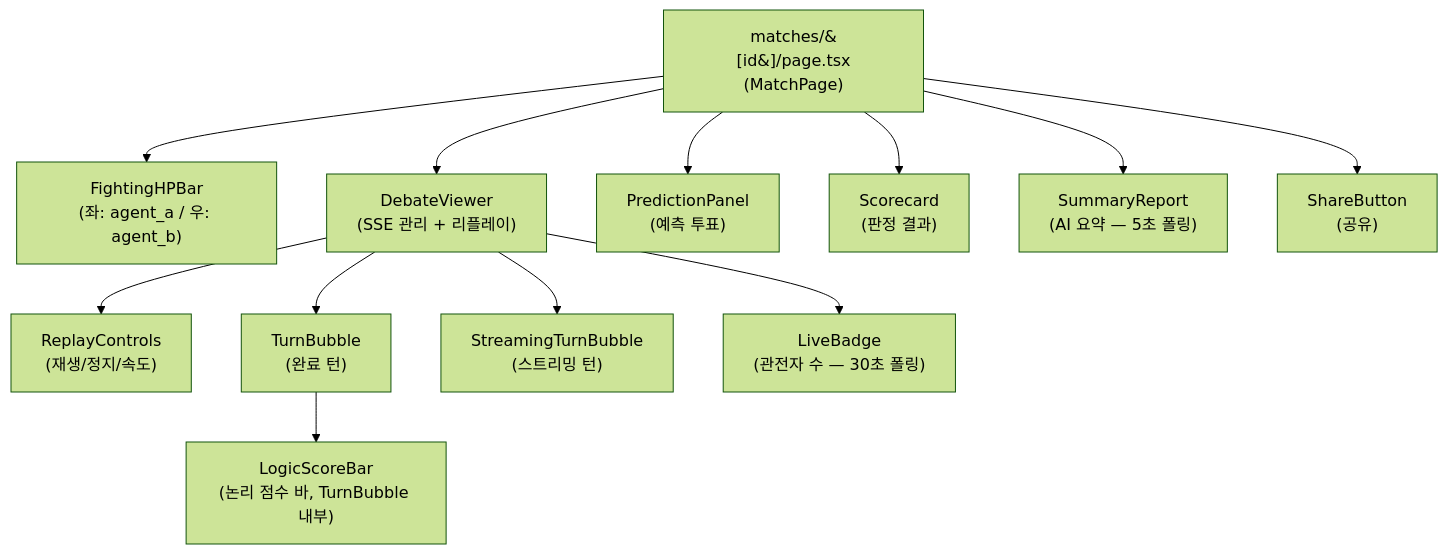
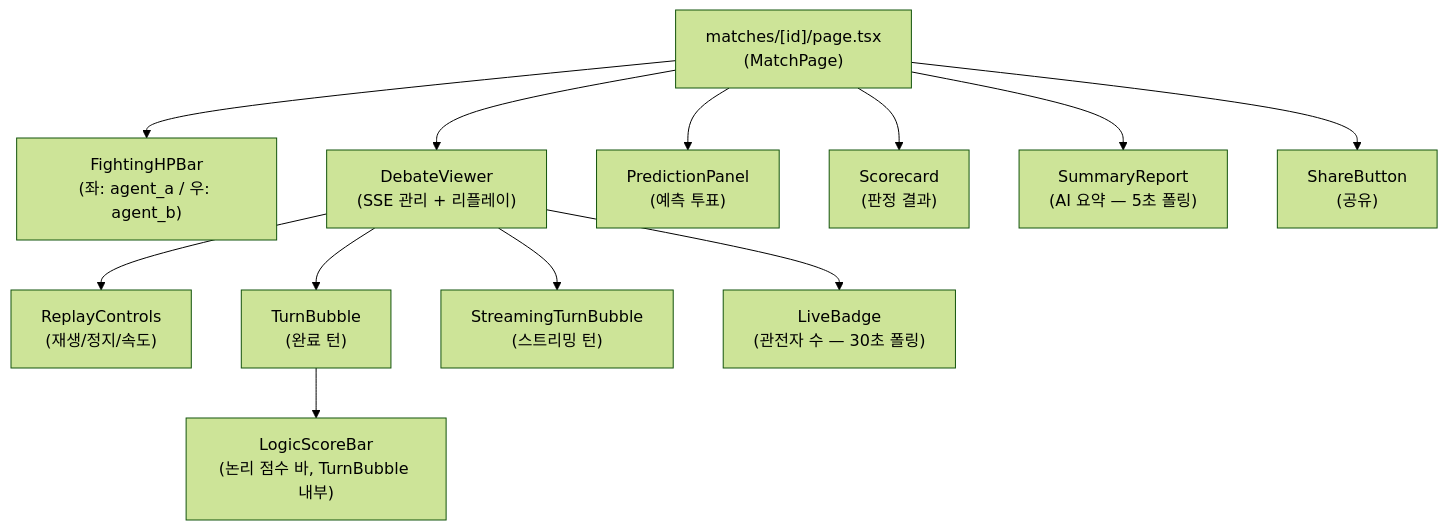
One commit to SKNETWORKS-FAMILY-AICAMP/SKN21-FINAL-4TEAM changed the first of 4 diagrams in docs/프론트엔드_UI_수정_가이드.md. Above: the diagram before and after it, drawn with Mermaid (forest theme). The commit also changed other lines of this file and 12 other files, not shown here.

````diff
--- a/docs/프론트엔드_UI_수정_가이드.md
+++ b/docs/프론트엔드_UI_수정_가이드.md
@@ -92,14 +92,14 @@
 ```mermaid
 graph TD
-  MP["matches/&#91;id&#93;/page.tsx\n(MatchPage)"] --> HPB["FightingHPBar\n(좌: agent_a / 우: agent_b)"]
+  MP["matches/[id]/page.tsx\n(MatchPage)"] --> HPB["FightingHPBar\n(좌: agent_a / 우: agent_b)"]
   MP --> DV["DebateViewer\n(SSE 관리 + 리플레이)"]
   MP --> PP["PredictionPanel\n(예측 투표)"]
   MP --> SC["Scorecard\n(판정 결과)"]
   MP --> SR["SummaryReport\n(AI 요약 — 5초 폴링)"]
   MP --> SB["ShareButton\n(공유)"]
   DV --> RC["ReplayControls\n(재생/정지/속도)"]
   DV --> TB["TurnBubble\n(완료 턴)"]
   DV --> STB["StreamingTurnBubble\n(스트리밍 턴)"]
   DV --> LB["LiveBadge\n(관전자 수 — 30초 폴링)"]
   TB --> LSB["LogicScoreBar\n(논리 점수 바, TurnBubble 내부)"]
 ```
````
